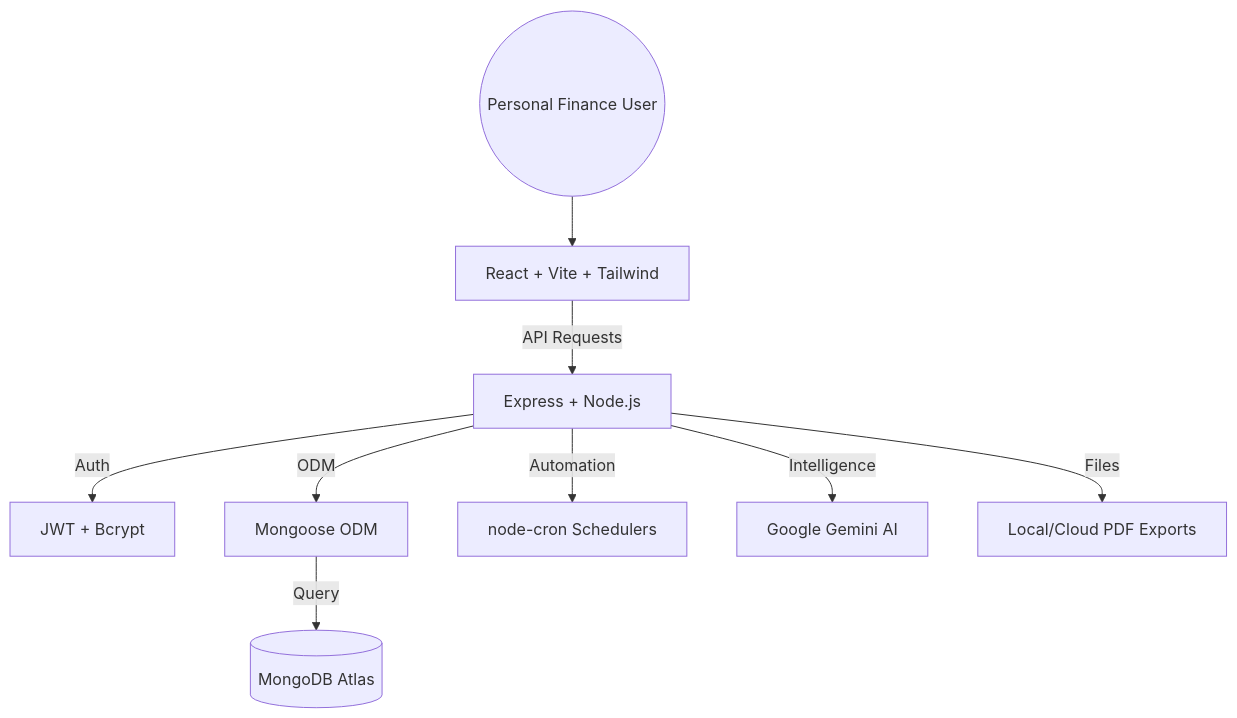
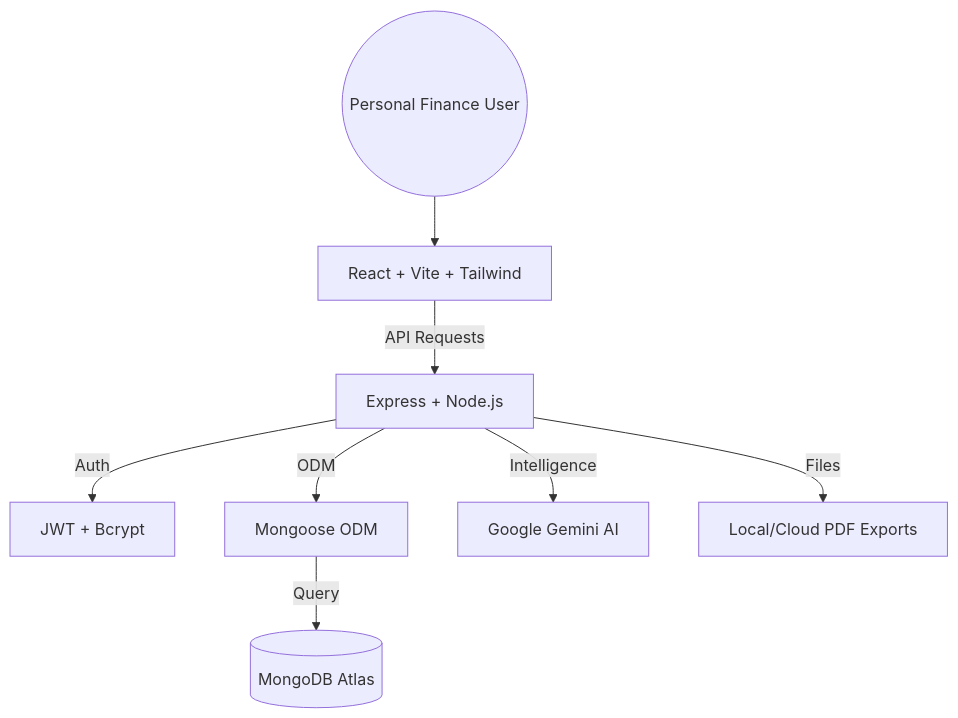
Before and after one commit to ksingla1885/Bachat_Buddy: the diagram in README.md, drawn with Mermaid. The commit also changed other lines of this file, not shown here.

````diff
--- a/README.md
+++ b/README.md
@@ -37,11 +37,10 @@
 ```mermaid
 graph TD
     User((Personal Finance User)) --> Frontend[React + Vite + Tailwind]
     Frontend -->|API Requests| Backend[Express + Node.js]
     Backend -->|Auth| JWT[JWT + Bcrypt]
     Backend -->|ODM| Mongoose[Mongoose ODM]
     Mongoose -->|Query| DB[(MongoDB Atlas)]
-    Backend -->|Automation| Cron[node-cron Schedulers]
     Backend -->|Intelligence| AI[Google Gemini AI]
     Backend -->|Files| Storage[Local/Cloud PDF Exports]
 ```
````
